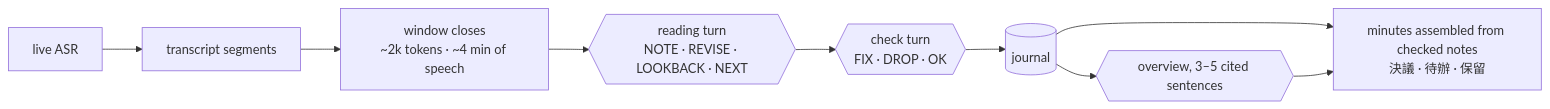
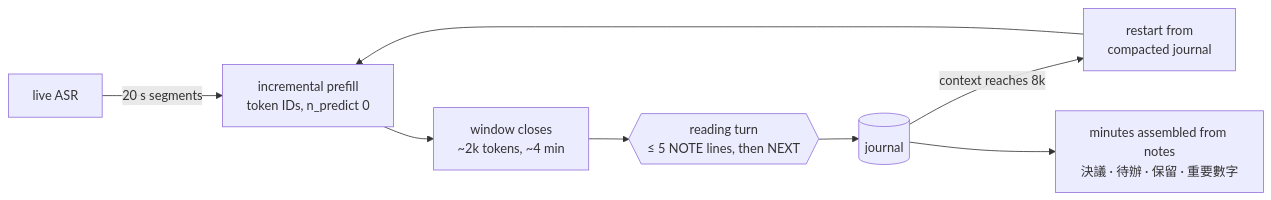
The diagram in README.md (vieenrose/meeting-summarizer), drawn with Mermaid before and after one commit. The commit also changed other lines of this file, not shown here.

````diff
--- a/README.md
+++ b/README.md
@@ -18,11 +31,10 @@
 ```mermaid
 flowchart LR
-    A[live ASR] --> S[transcript segments]
-    S --> W[window closes<br/>~2k tokens · ~4 min of speech]
-    W --> R{{reading turn<br/>NOTE · REVISE · LOOKBACK · NEXT}}
-    R --> C{{check turn<br/>FIX · DROP · OK}}
-    C --> J[(journal)]
-    J --> M[minutes assembled from checked notes<br/>決議 · 待辦 · 保留]
-    J --> O{{overview, 3–5 cited sentences}}
-    O --> M
+    A[live ASR] -->|20 s segments| P[incremental prefill<br/>token IDs, n_predict 0]
+    P --> W[window closes<br/>~2k tokens, ~4 min]
+    W --> R{{reading turn<br/>≤ 5 NOTE lines, then NEXT}}
+    R --> J[(journal)]
+    J -->|context reaches 8k| X[restart from<br/>compacted journal]
+    X --> P
+    J --> M[minutes assembled from notes<br/>決議 · 待辦 · 保留 · 重要數字]
 ```
````
